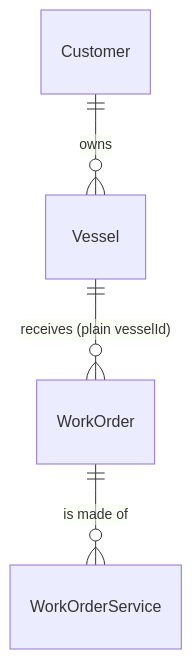
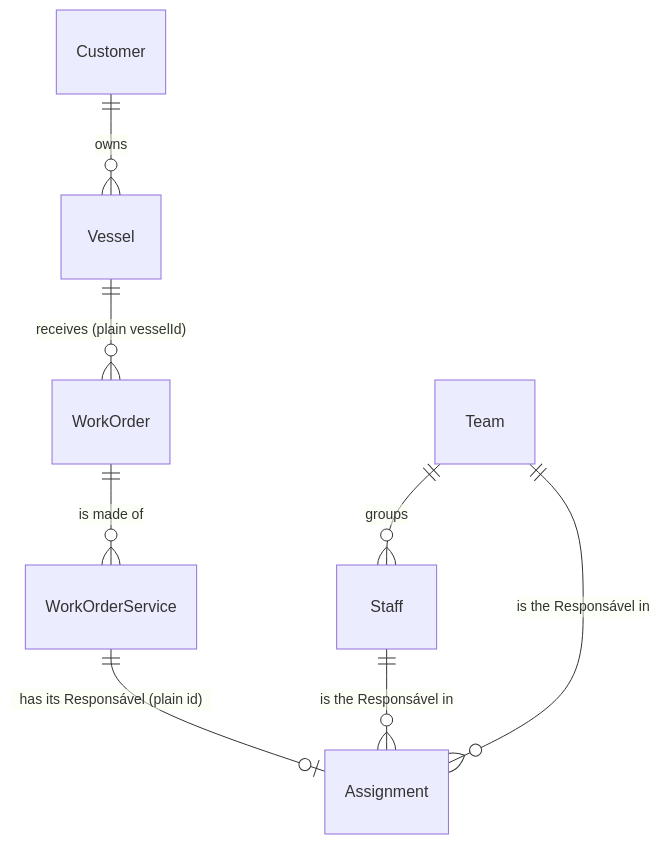
Before and after one commit to lucianotavernard/umbrielship: the second of 2 diagrams in .specs/features/dashboard-redesign/plan.md, drawn with Mermaid. The commit also changed other lines of this file and 2 other files, not shown here.

First line of the commit message:
docs(specs): plan the dashboard after mareos with its checks

````diff
--- a/.specs/features/dashboard-redesign/plan.md
+++ b/.specs/features/dashboard-redesign/plan.md
@@ -73,6 +78,10 @@
 ```mermaid
 erDiagram
     Customer ||--o{ Vessel : "owns"
     Vessel ||--o{ WorkOrder : "receives (plain vesselId)"
     WorkOrder ||--o{ WorkOrderService : "is made of"
+    WorkOrderService ||--o| Assignment : "has its Responsável (plain id)"
+    Staff ||--o{ Assignment : "is the Responsável in"
+    Team ||--o{ Assignment : "is the Responsável in"
+    Team ||--o{ Staff : "groups"
 ```
````
